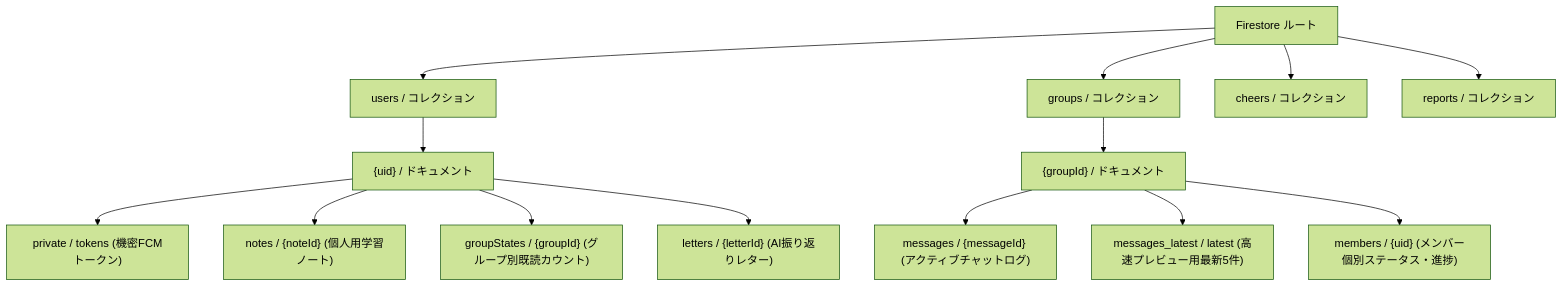
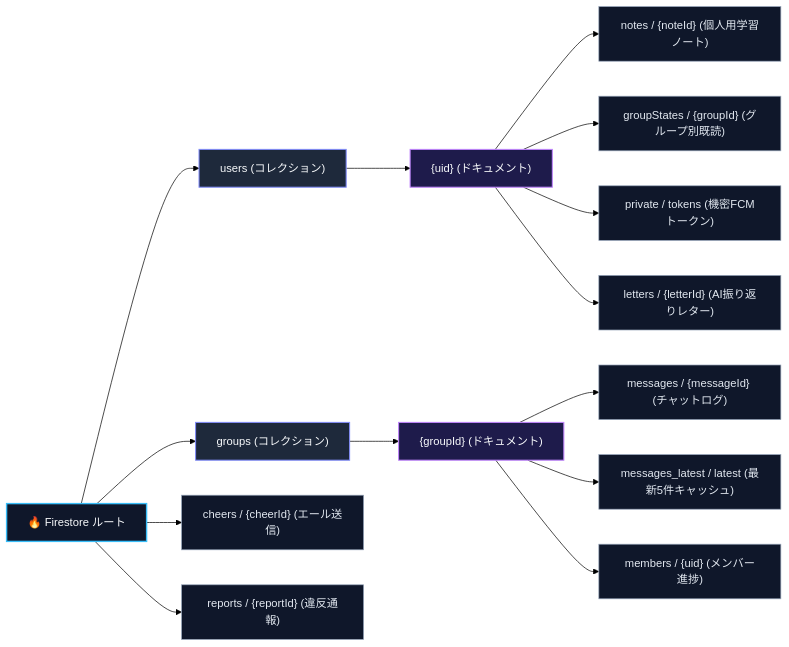
Before and after one commit to ScriptureHabit/scripture-habit: the second of 2 diagrams in docs/ja/database-security.md, drawn with Mermaid (forest theme). The commit also changed other lines of this file and 1 other file, not shown here.

Commit message:
docs: convert hierarchy path diagram into readable horizontal tree

````diff
--- a/docs/ja/database-security.md
+++ b/docs/ja/database-security.md
@@ -93,21 +95,25 @@
 ```mermaid
-graph TD
-    Root["Firestore ルート"]
+flowchart LR
+    classDef root fill:#0f172a,stroke:#38bdf8,stroke-width:2px,color:#f8fafc;
+    classDef col fill:#1e293b,stroke:#818cf8,stroke-width:1.5px,color:#f8fafc;
+    classDef doc fill:#1e1b4b,stroke:#c084fc,stroke-width:1.5px,color:#f8fafc;
+    classDef sub fill:#0f172a,stroke:#94a3b8,stroke-width:1px,color:#e2e8f0;
 
-    Root --> Users["users / コレクション"]
-    Root --> Groups["groups / コレクション"]
-    Root --> Cheers["cheers / コレクション"]
-    Root --> Reports["reports / コレクション"]
+    Root["🔥 Firestore ルート"]:::root
 
-    Users --> UserDoc["{uid} / ドキュメント"]
-    Groups --> GroupDoc["{groupId} / ドキュメント"]
+    Root --> UsersCol["users (コレクション)"]:::col
+    UsersCol --> UserDoc["{uid} (ドキュメント)"]:::doc
+    UserDoc --> Notes["notes / {noteId} (個人用学習ノート)"]:::sub
+    UserDoc --> GroupStates["groupStates / {groupId} (グループ別既読)"]:::sub
+    UserDoc --> Private["private / tokens (機密FCMトークン)"]:::sub
+    UserDoc --> Letters["letters / {letterId} (AI振り返りレター)"]:::sub
 
-    UserDoc --> Private["private / tokens (機密FCMトークン)"]
-    UserDoc --> Notes["notes / {noteId} (個人用学習ノート)"]
-    UserDoc --> GroupStates["groupStates / {groupId} (グループ別既読カウント)"]
-    UserDoc --> Letters["letters / {letterId} (AI振り返りレター)"]
+    Root --> GroupsCol["groups (コレクション)"]:::col
+    GroupsCol --> GroupDoc["{groupId} (ドキュメント)"]:::doc
+    GroupDoc --> Messages["messages / {messageId} (チャットログ)"]:::sub
+    GroupDoc --> MessagesLatest["messages_latest / latest (最新5件キャッシュ)"]:::sub
+    GroupDoc --> Members["members / {uid} (メンバー進捗)"]:::sub
 
-    GroupDoc --> Messages["messages / {messageId} (アクティブチャットログ)"]
-    GroupDoc --> MessagesLatest["messages_latest / latest (高速プレビュー用最新5件)"]
-    GroupDoc --> Members["members / {uid} (メンバー個別ステータス・進捗)"]
+    Root --> CheersCol["cheers / {cheerId} (エール送信)"]:::sub
+    Root --> ReportsCol["reports / {reportId} (違反通報)"]:::sub
 ```
````
